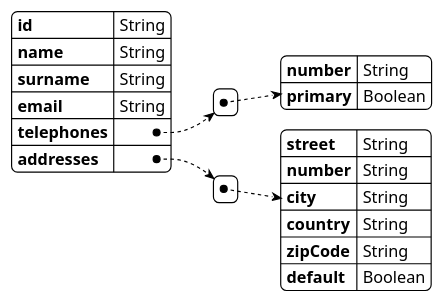
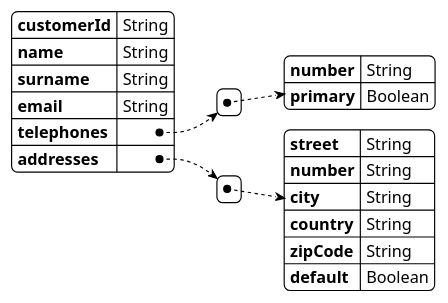
One commit to scalvetr/costomer-single-view changed the diagram in doc/data-definition-customer-ms.puml. Above: the diagram before and after it, drawn with PlantUML. The commit also changed 7 other files, not shown here.

```diff
--- a/doc/data-definition-customer-ms.puml
+++ b/doc/data-definition-customer-ms.puml
@@ -1,25 +1,25 @@
 @startyaml
 <style>
 yamlDiagram {
   BackGroundColor white
   LineThickness 1
   LineColor black
 }
 </style>
 
-id: String
+customerId: String
 name: String
 surname: String
 email: String
 telephones:
     - number: String
       primary: Boolean
 addresses:
     - street: String
       number: String
       city: String
       country: String
       zipCode: String
       default: Boolean
 
 @endyaml
```
